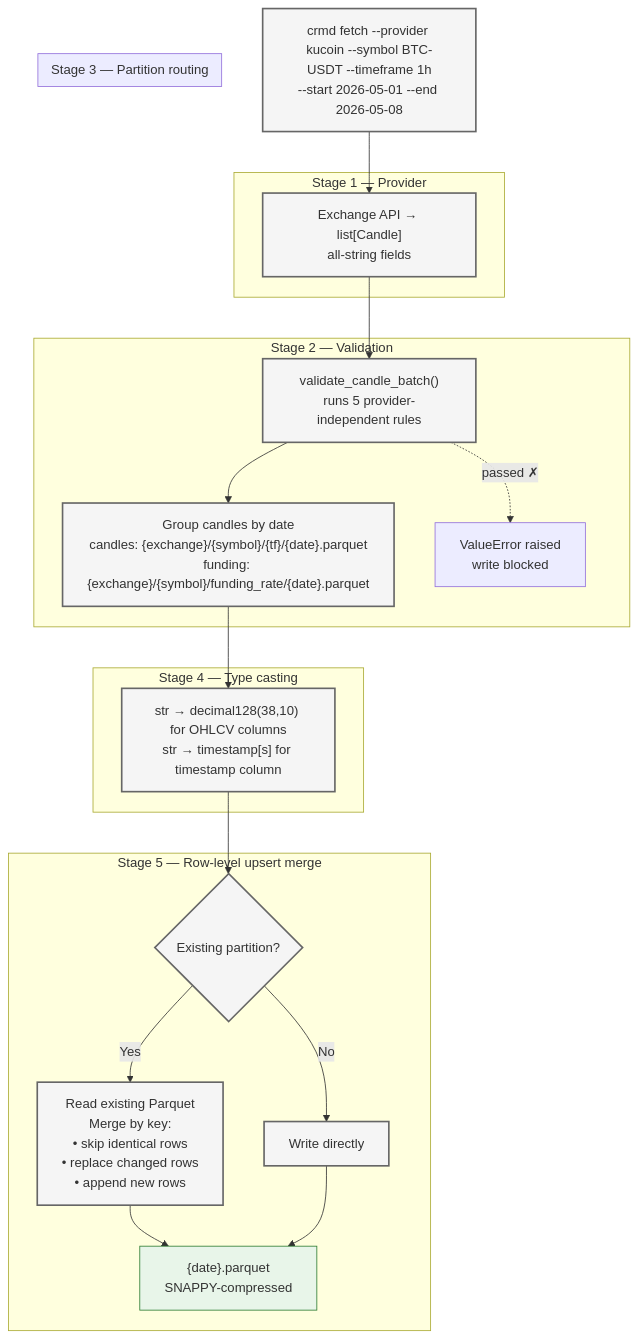
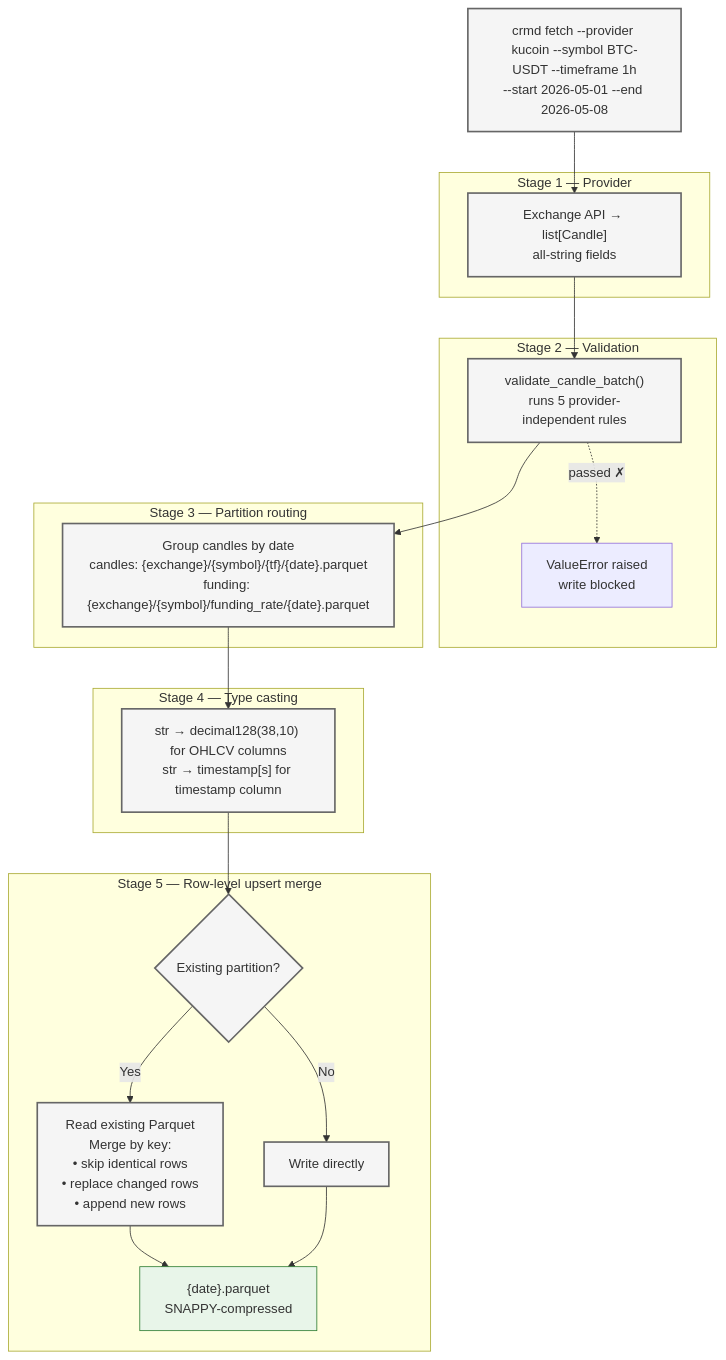
One commit to bigmikecreates/crypto-market-data-platform changed the first of 4 diagrams in docs/storage-e2e.md. Above: the diagram before and after it, drawn with Mermaid.

Commit message:
docs: fix Stage 3 subgraph breakout in pipeline diagram by placing all cross-subgraph edges at top level

````diff
--- a/docs/storage-e2e.md
+++ b/docs/storage-e2e.md
@@ -7,44 +7,46 @@
 ```mermaid
 graph TD
     classDef stage fill:#f5f5f5,stroke:#666,stroke-width:2px;
     classDef output fill:#e8f5e9,stroke:#2e7d32;
 
-    Start["crmd fetch --provider kucoin --symbol BTC-USDT --timeframe 1h<br/>--start 2026-05-01 --end 2026-05-08"] --> S1
+    Start["crmd fetch --provider kucoin --symbol BTC-USDT --timeframe 1h<br/>--start 2026-05-01 --end 2026-05-08"]
 
     subgraph "Stage 1 — Provider"
         S1["Exchange API → list[Candle]<br/>all-string fields"]
     end
 
-    S1 --> S2
-
     subgraph "Stage 2 — Validation"
         S2["validate_candle_batch()<br/>runs 5 provider-independent rules"]
-        S2 --> S3
-        S2 -. "passed ✗" .-> Fail["ValueError raised<br/>write blocked"]
+        Fail["ValueError raised<br/>write blocked"]
     end
 
     subgraph "Stage 3 — Partition routing"
         S3["Group candles by date<br/>candles: {exchange}/{symbol}/{tf}/{date}.parquet<br/>funding: {exchange}/{symbol}/funding_rate/{date}.parquet"]
     end
 
-    S3 --> S4
-
     subgraph "Stage 4 — Type casting"
         S4["str → decimal128(38,10) for OHLCV columns<br/>str → timestamp[s] for timestamp column"]
     end
 
-    S4 --> S5
-
     subgraph "Stage 5 — Row-level upsert merge"
         S5{"Existing partition?"}
-        S5 -- Yes --> Merge["Read existing Parquet<br/>Merge by key:<br/>• skip identical rows<br/>• replace changed rows<br/>• append new rows"]
-        S5 -- No --> Direct["Write directly"]
+        Merge["Read existing Parquet<br/>Merge by key:<br/>• skip identical rows<br/>• replace changed rows<br/>• append new rows"]
+        Direct["Write directly"]
+        S5 -- Yes --> Merge
+        S5 -- No --> Direct
         Merge --> Out
         Direct --> Out
     end
 
     Out["{date}.parquet<br/>SNAPPY-compressed"]
 
+    Start --> S1
+    S1 --> S2
+    S2 --> S3
+    S2 -. "passed ✗" .-> Fail
+    S3 --> S4
+    S4 --> S5
+
     class Start,S1,S2,S3,S4,S5,Merge,Direct stage;
     class Out output;
 ```
````
